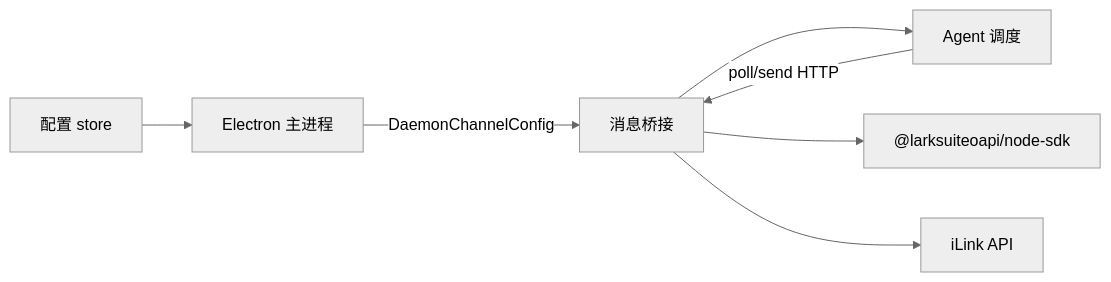
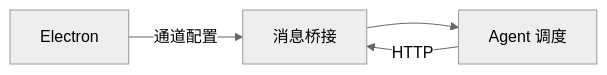
One commit to lk-eternal/cursor-claw changed the third of 3 diagrams in knowledge/业务域/消息桥接/01-概览.md. Above: the diagram before and after it, drawn with Mermaid (neutral theme). The commit also changed other lines of this file and 19 other files, not shown here.

````diff
--- a/knowledge/业务域/消息桥接/01-概览.md
+++ b/knowledge/业务域/消息桥接/01-概览.md
@@ -89,9 +72,6 @@
 ```mermaid
 flowchart LR
   MB[消息桥接] --> AD[Agent 调度]
-  EP[Electron 主进程] -->|DaemonChannelConfig| MB
-  MB --> LarkSDK["@larksuiteoapi/node-sdk"]
-  MB --> ILink[iLink API]
-  AD -->|poll/send HTTP| MB
-  CFG[配置 store] --> EP
+  EP[Electron] -->|通道配置| MB
+  AD -->|HTTP| MB
 ```
````
